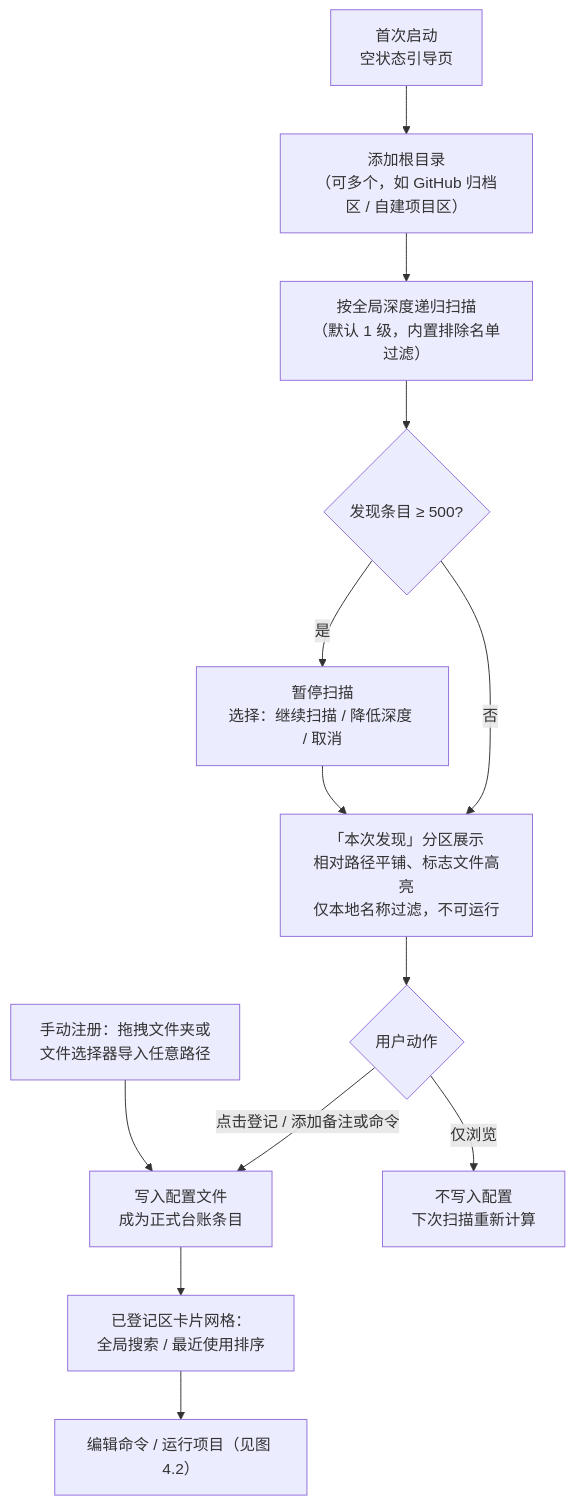
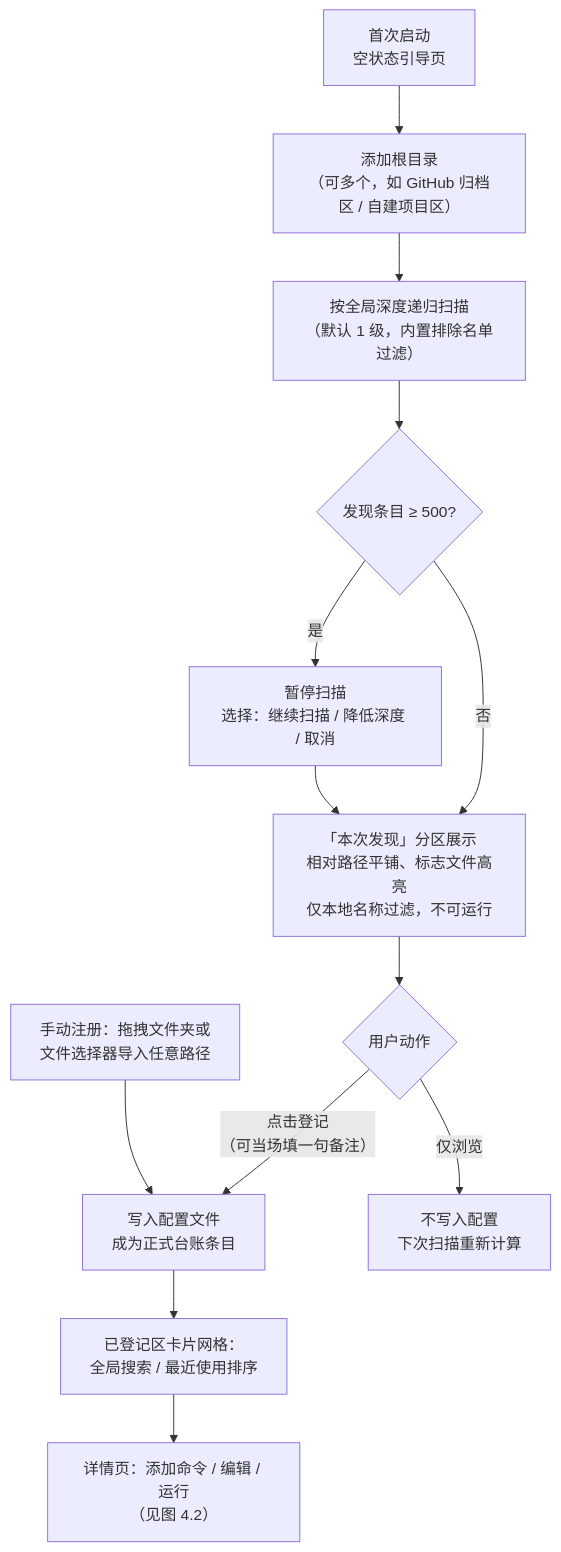
The first of 4 diagrams in docs/需求分析文档-汇总版.md (iceblyte/squirl), drawn with Mermaid before and after one commit. The commit also changed other lines of this file, not shown here.

````diff
--- a/docs/需求分析文档-汇总版.md
+++ b/docs/需求分析文档-汇总版.md
@@ -216,15 +230,15 @@
 ```mermaid
 flowchart TD
     A["首次启动<br>空状态引导页"] --> B["添加根目录<br>（可多个，如 GitHub 归档区 / 自建项目区）"]
     B --> C["按全局深度递归扫描<br>（默认 1 级，内置排除名单过滤）"]
     C --> D{"发现条目 ≥ 500?"}
     D -- "是" --> E["暂停扫描<br>选择：继续扫描 / 降低深度 / 取消"]
     D -- "否" --> F["「本次发现」分区展示<br>相对路径平铺、标志文件高亮<br>仅本地名称过滤，不可运行"]
     E --> F
     F --> H{"用户动作"}
-    H -- "点击登记 / 添加备注或命令" --> I["写入配置文件<br>成为正式台账条目"]
+    H -- "点击登记<br>（可当场填一句备注）" --> I["写入配置文件<br>成为正式台账条目"]
     H -- "仅浏览" --> J["不写入配置<br>下次扫描重新计算"]
     K["手动注册：拖拽文件夹或<br>文件选择器导入任意路径"] --> I
     I --> G["已登记区卡片网格：<br>全局搜索 / 最近使用排序"]
-    G --> L["编辑命令 / 运行项目（见图 4.2）"]
+    G --> L["详情页：添加命令 / 编辑 / 运行<br>（见图 4.2）"]
 ```
````
